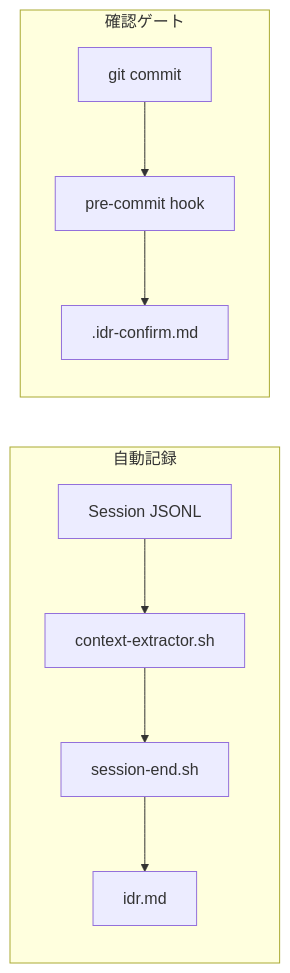
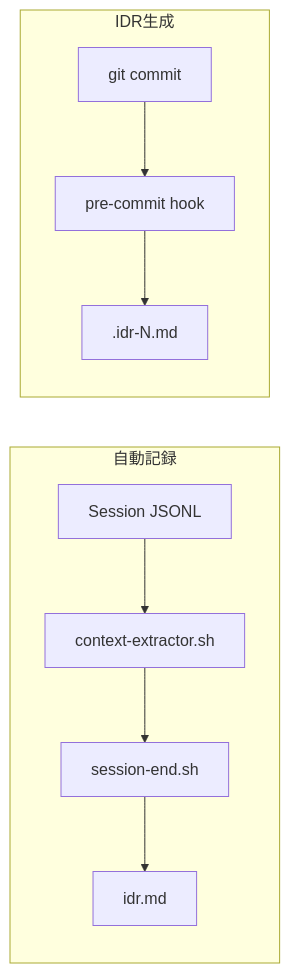
The diagram in .ja/rules/workflows/IDR_GENERATION.md (thkt/dotclaude), drawn with Mermaid before and after one commit. The commit also changed other lines of this file and 21 other files, not shown here.

````diff
--- a/.ja/rules/workflows/IDR_GENERATION.md
+++ b/.ja/rules/workflows/IDR_GENERATION.md
@@ -50,13 +73,13 @@
 ```mermaid
 flowchart LR
     subgraph Auto["自動記録"]
         J[Session JSONL] --> E[context-extractor.sh]
         E --> S[session-end.sh]
         S --> IDR[idr.md]
     end
 
-    subgraph Gate["確認ゲート"]
+    subgraph Gen["IDR生成"]
         C[git commit] --> H[pre-commit hook]
-        H --> CF[.idr-confirm.md]
+        H --> CF[.idr-N.md]
     end
 ```
````
